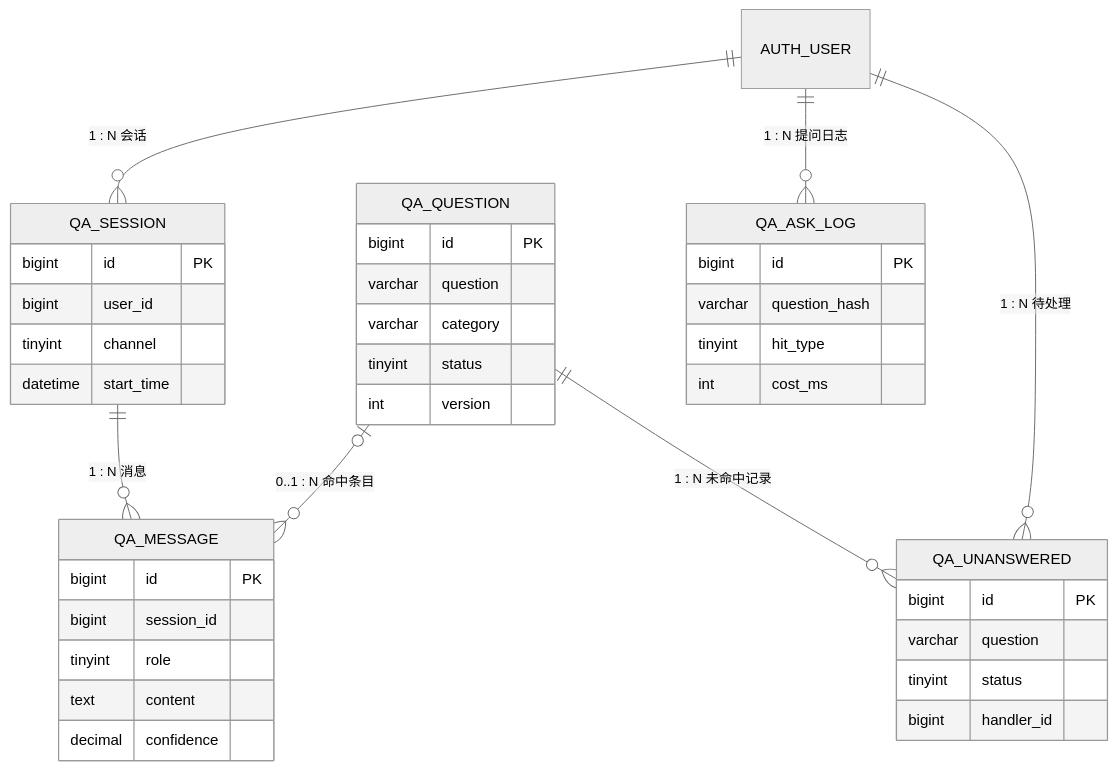
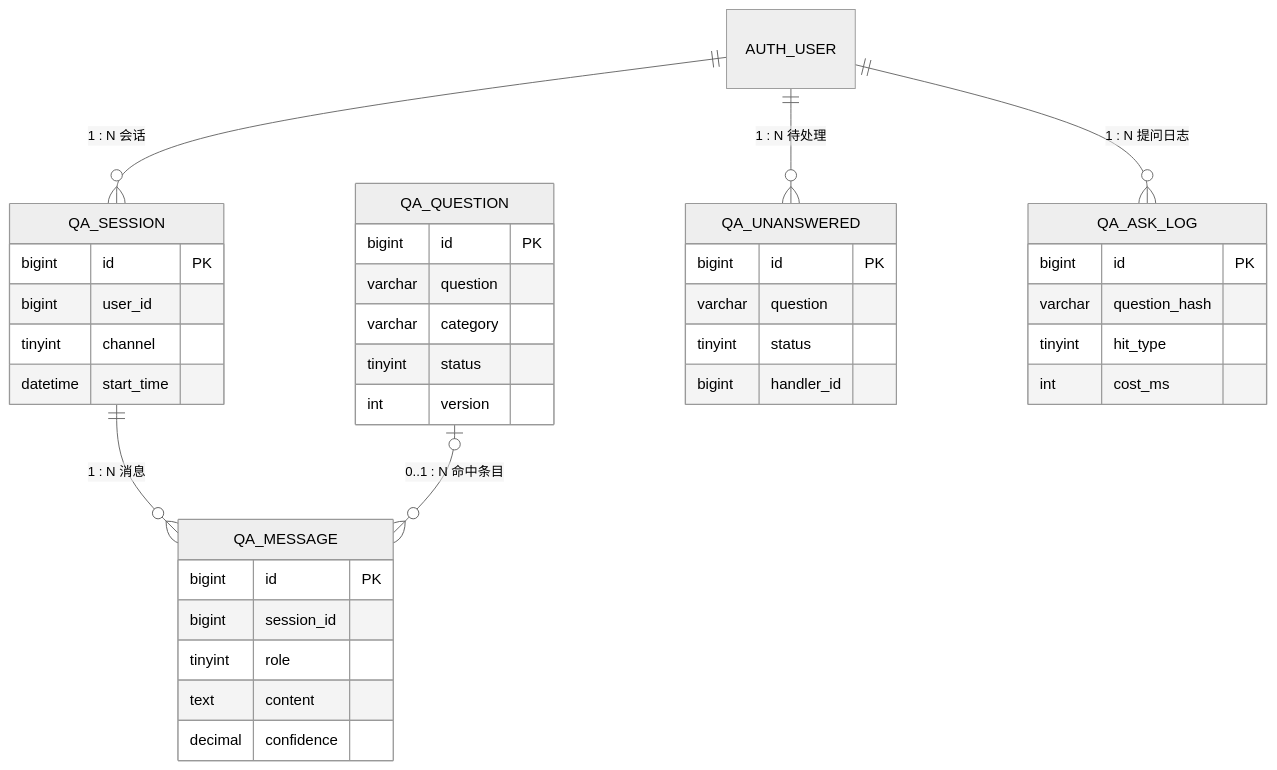
The second of 5 diagrams in docs/数据建模.md (zjy2968466837/se-yingxin-digital-human), drawn with Mermaid (neutral theme) before and after one commit. The commit also changed other lines of this file and 2 other files, not shown here.

````diff
--- a/docs/数据建模.md
+++ b/docs/数据建模.md
@@ -657,42 +661,41 @@
 ```mermaid
 erDiagram
     AUTH_USER ||--o{ QA_SESSION : "1 : N 会话"
     QA_SESSION ||--o{ QA_MESSAGE : "1 : N 消息"
     QA_QUESTION |o--o{ QA_MESSAGE : "0..1 : N 命中条目"
-    QA_QUESTION ||--o{ QA_UNANSWERED : "1 : N 未命中记录"
     AUTH_USER ||--o{ QA_UNANSWERED : "1 : N 待处理"
     AUTH_USER ||--o{ QA_ASK_LOG : "1 : N 提问日志"
 
     QA_QUESTION {
         bigint id PK
         varchar question
         varchar category
         tinyint status
         int version
     }
     QA_SESSION {
         bigint id PK
         bigint user_id
         tinyint channel
         datetime start_time
     }
     QA_MESSAGE {
         bigint id PK
         bigint session_id
         tinyint role
         text content
         decimal confidence
     }
     QA_UNANSWERED {
         bigint id PK
         varchar question
         tinyint status
         bigint handler_id
     }
     QA_ASK_LOG {
         bigint id PK
         varchar question_hash
         tinyint hit_type
         int cost_ms
     }
 ```
````
